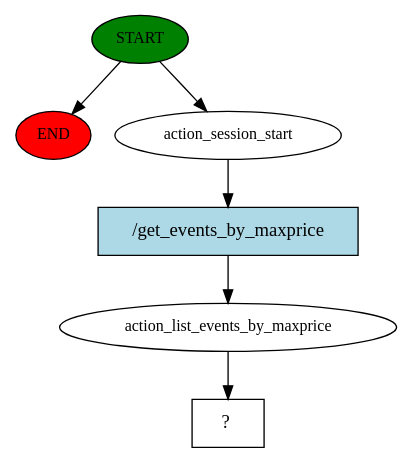
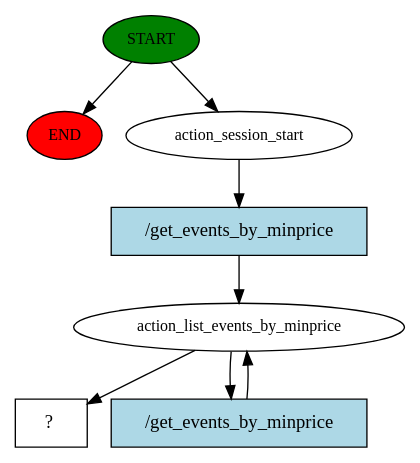
One commit to EhteshamBahoo/Tic8M8_Bot changed the diagram in story_graph.dot. Above: the diagram before and after it, drawn with Graphviz. The commit also changed 25 other files, not shown here.

```diff
--- a/story_graph.dot
+++ b/story_graph.dot
@@ -1,13 +1,16 @@
 digraph  {
 0 [class="start active", fillcolor=green, fontsize=12, label=START, style=filled];
 "-1" [class=end, fillcolor=red, fontsize=12, label=END, style=filled];
 1 [class=active, fontsize=12, label=action_session_start];
-2 [class=active, fontsize=12, label=action_list_events_by_maxprice];
-3 [class="intent dashed active", label="  ?  ", shape=rect];
-4 [class="intent active", fillcolor=lightblue, label="/get_events_by_maxprice", shape=rect, style=filled];
+2 [class=active, fontsize=12, label=action_list_events_by_minprice];
+4 [class="intent dashed active", label="  ?  ", shape=rect];
+5 [class="intent active", fillcolor=lightblue, label="/get_events_by_minprice", shape=rect, style=filled];
+6 [class="intent active", fillcolor=lightblue, label="/get_events_by_minprice", shape=rect, style=filled];
 0 -> "-1"  [class="", key=NONE, label=""];
 0 -> 1  [class=active, key=NONE, label=""];
-1 -> 4  [class=active, key=0];
-2 -> 3  [class=active, key=NONE, label=""];
-4 -> 2  [class=active, key=0];
+1 -> 5  [class=active, key=0];
+2 -> 4  [class=active, key=NONE, label=""];
+2 -> 6  [class=active, key=0];
+5 -> 2  [class=active, key=0];
+6 -> 2  [class=active, key=0];
 }
```
